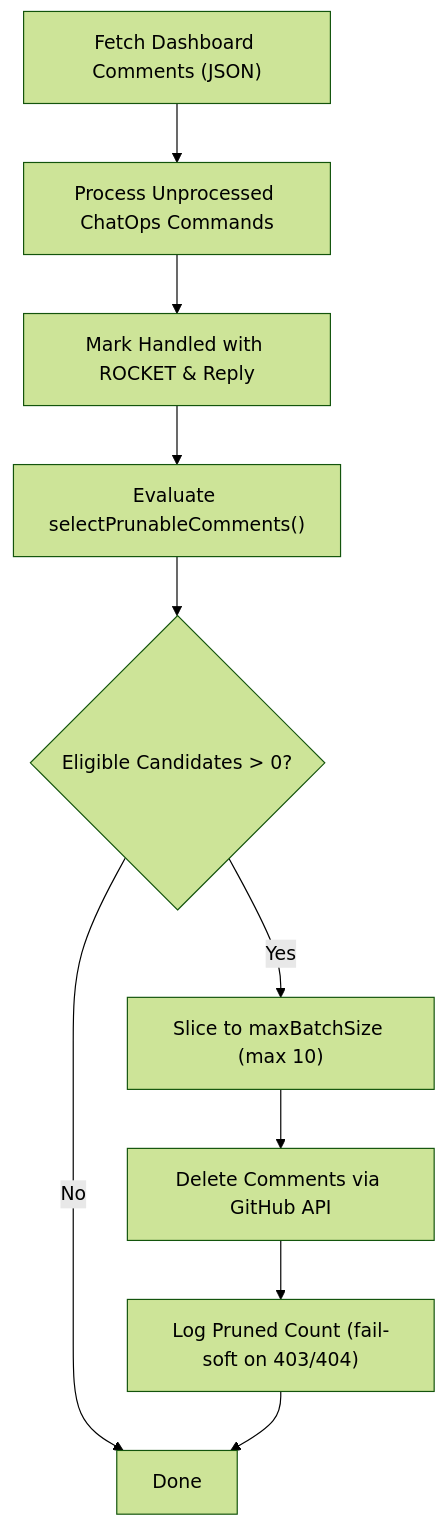
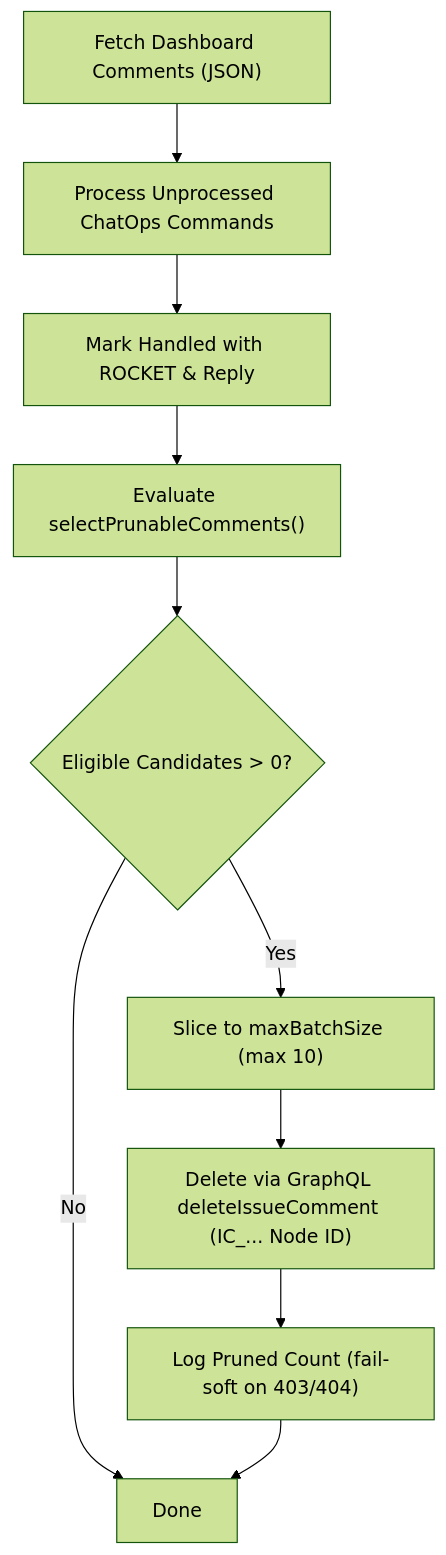
Before and after one commit to Taiizor/Orchestrator: the diagram in docs/dashboard-comment-pruning-plan.md, drawn with Mermaid (forest theme). The commit also changed other lines of this file, not shown here.

````diff
--- a/docs/dashboard-comment-pruning-plan.md
+++ b/docs/dashboard-comment-pruning-plan.md
@@ -81,12 +136,12 @@
 ```mermaid
 flowchart TD
     A["Fetch Dashboard Comments (JSON)"] --> B["Process Unprocessed ChatOps Commands"]
     B --> C["Mark Handled with ROCKET & Reply"]
     C --> D["Evaluate selectPrunableComments()"]
     D --> E{"Eligible Candidates > 0?"}
     E -- No --> F["Done"]
     E -- Yes --> G["Slice to maxBatchSize (max 10)"]
-    G --> H["Delete Comments via GitHub API"]
+    G --> H["Delete via GraphQL deleteIssueComment (IC_... Node ID)"]
     H --> I["Log Pruned Count (fail-soft on 403/404)"]
     I --> F
 ```
````
